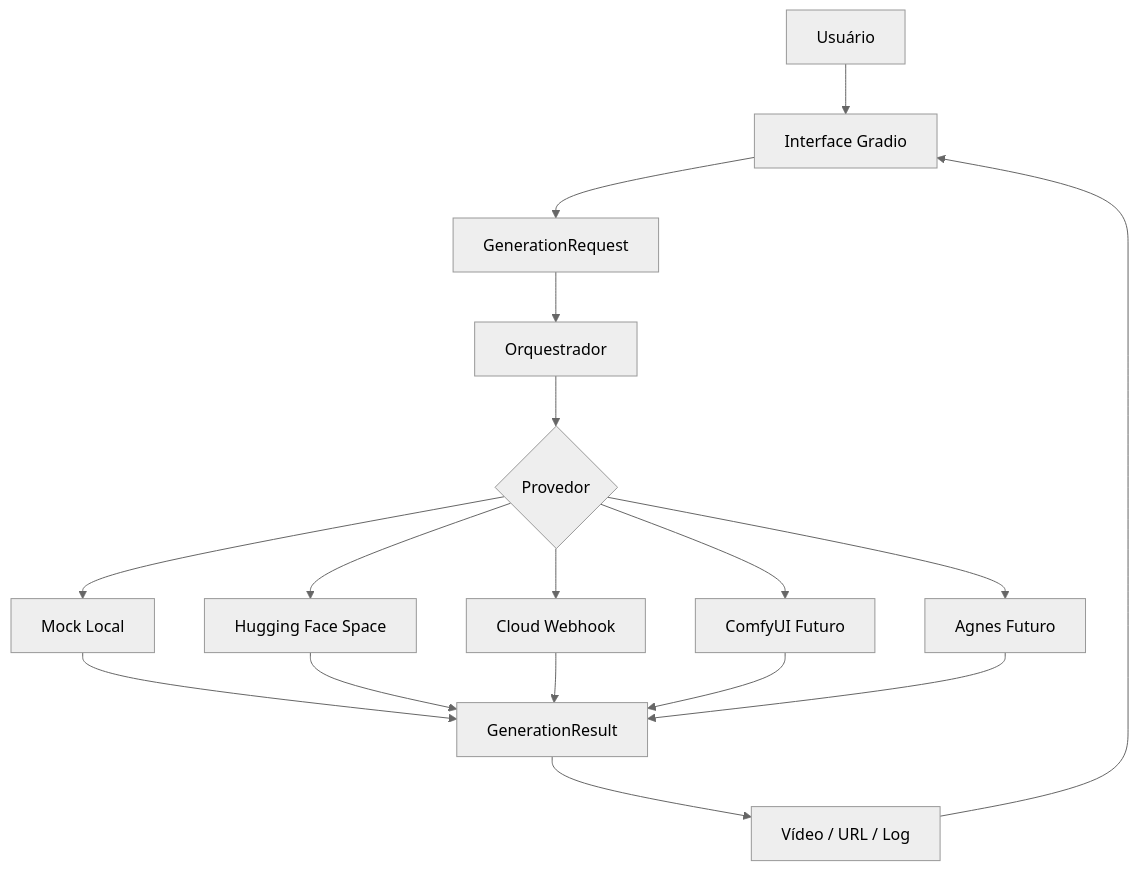
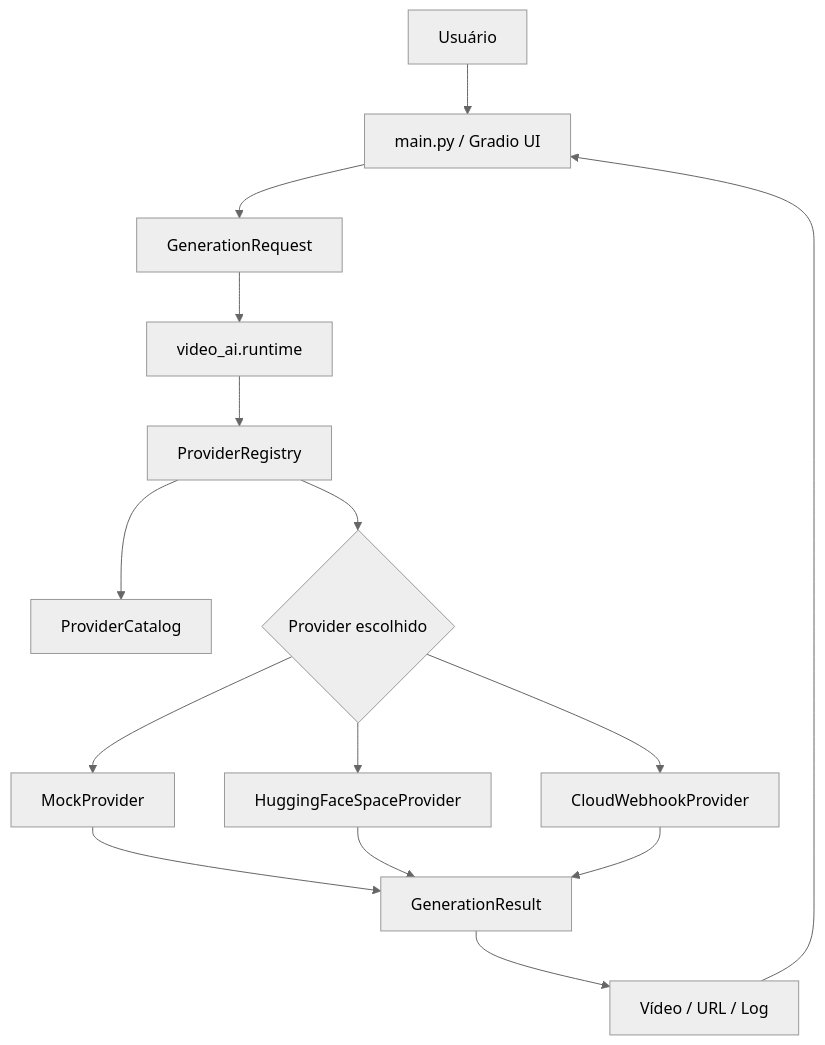
The diagram in BLUEPRINT.md (henrkecrz/video-ai), drawn with Mermaid (neutral theme) before and after one commit. The commit also changed other lines of this file, not shown here.

Commit message:
docs: atualizar blueprint com arquitetura runtime e admin

````diff
--- a/BLUEPRINT.md
+++ b/BLUEPRINT.md
@@ -115,19 +90,17 @@
 ```mermaid
 flowchart TD
-    A[Usuário] --> B[Interface Gradio]
+    A[Usuário] --> B[main.py / Gradio UI]
     B --> C[GenerationRequest]
-    C --> D[Orquestrador]
-    D --> E{Provedor}
-    E --> F[Mock Local]
-    E --> G[Hugging Face Space]
-    E --> H[Cloud Webhook]
-    E --> I[ComfyUI Futuro]
-    E --> J[Agnes Futuro]
-    F --> K[GenerationResult]
-    G --> K
-    H --> K
+    C --> D[video_ai.runtime]
+    D --> E[ProviderRegistry]
+    E --> F[ProviderCatalog]
+    E --> G{Provider escolhido}
+    G --> H[MockProvider]
+    G --> I[HuggingFaceSpaceProvider]
+    G --> J[CloudWebhookProvider]
+    H --> K[GenerationResult]
     I --> K
     J --> K
     K --> L[Vídeo / URL / Log]
     L --> B
 ```
````
